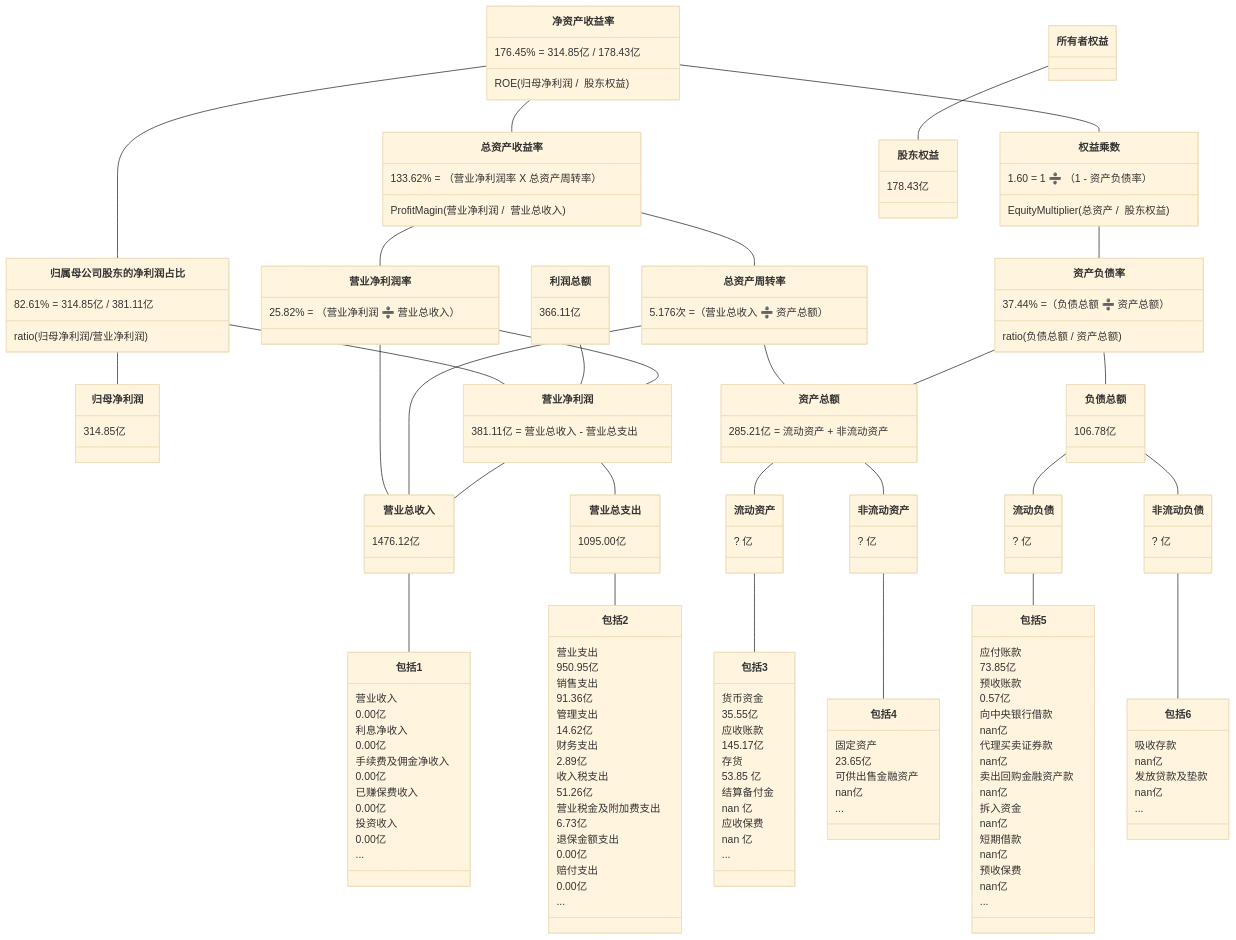
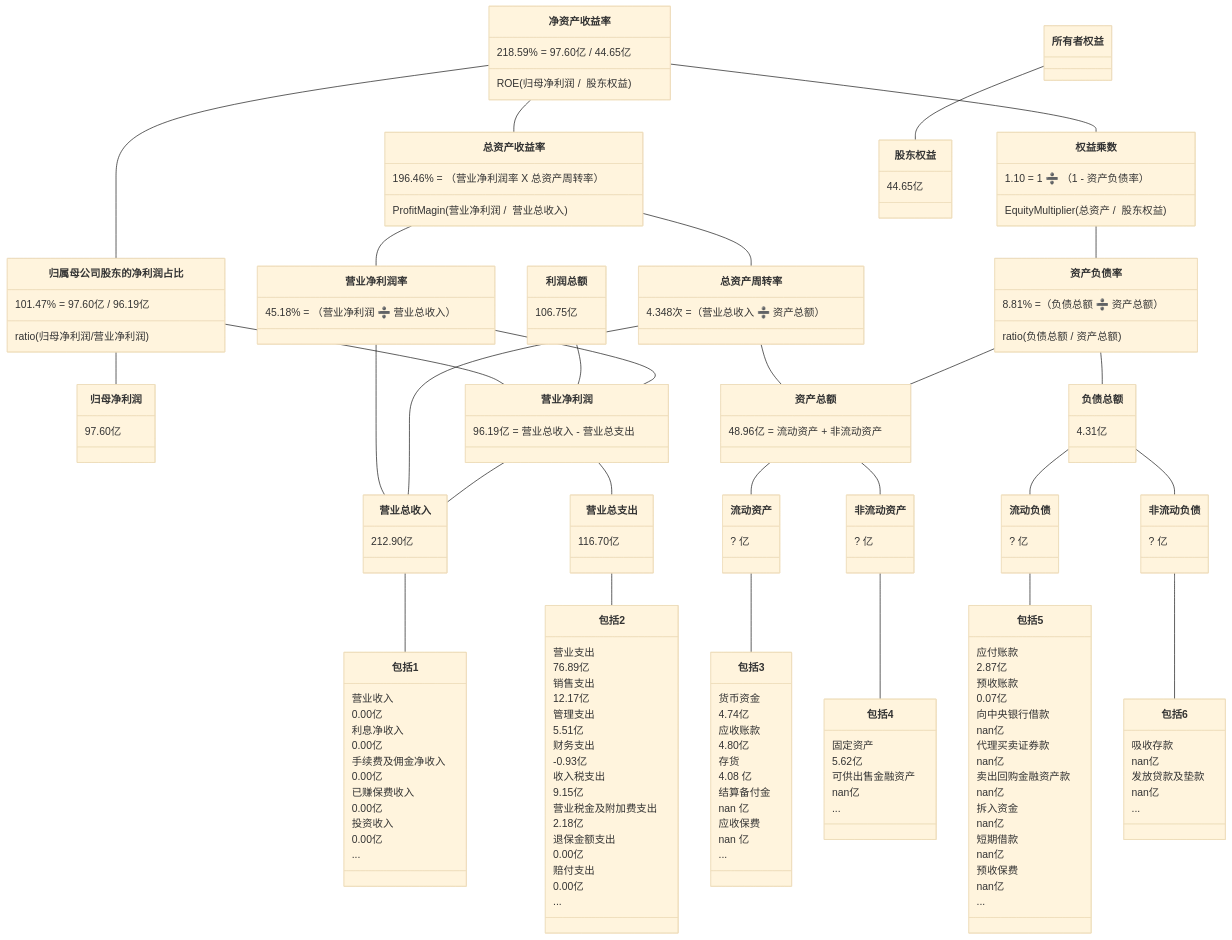
One commit to TheVeryDarkness/cs410 changed the fifth of 10 diagrams in 2/2.md. Above: the diagram before and after it, drawn with Mermaid (base theme). The commit also changed other lines of this file and 18 other files, not shown here.

````diff
--- a/2/2.md
+++ b/2/2.md
@@ -625,45 +645,45 @@
 ```mermaid
 classDiagram
 净资产收益率 -- 总资产收益率
-    净资产收益率 : 176.45% = 314.85亿 / 178.43亿
+    净资产收益率 : 218.59% = 97.60亿 / 44.65亿
     净资产收益率 : ROE(归母净利润 /  股东权益)
-    总资产收益率 : 133.62% = （营业净利润率 X 总资产周转率）
+    总资产收益率 : 196.46% = （营业净利润率 X 总资产周转率）
     总资产收益率 : ProfitMagin(营业净利润 /  营业总收入)
 净资产收益率 -- 归属母公司股东的净利润占比
-	  归属母公司股东的净利润占比 : 82.61% = 314.85亿 / 381.11亿
+	  归属母公司股东的净利润占比 : 101.47% = 97.60亿 / 96.19亿
 	  归属母公司股东的净利润占比 : ratio(归母净利润/营业净利润)
 归属母公司股东的净利润占比 -- 归母净利润
-    归母净利润 : 314.85亿
+    归母净利润 : 97.60亿
 归属母公司股东的净利润占比 -- 营业净利润
-利润总额 : 366.11亿
+利润总额 : 106.75亿
 利润总额 -- 营业净利润
 净资产收益率 -- 权益乘数
-    权益乘数 : 1.60 = 1 ➗ （1 - 资产负债率）
+    权益乘数 : 1.10 = 1 ➗ （1 - 资产负债率）
     权益乘数 : EquityMultiplier(总资产 /  股东权益)
 
 总资产收益率 -- 营业净利润率
-    营业净利润率 : 25.82% = （营业净利润 ➗ 营业总收入）
+    营业净利润率 : 45.18% = （营业净利润 ➗ 营业总收入）
 总资产收益率 -- 总资产周转率
-    总资产周转率 : 5.176次 =（营业总收入 ➗ 资产总额）
+    总资产周转率 : 4.348次 =（营业总收入 ➗ 资产总额）
 权益乘数 -- 资产负债率
-    资产负债率  : 37.44% =（负债总额 ➗ 资产总额）
+    资产负债率  : 8.81% =（负债总额 ➗ 资产总额）
     资产负债率  : ratio(负债总额 / 资产总额)
 
 营业净利润率 -- 营业净利润
-    营业净利润 : 381.11亿 = 营业总收入 - 营业总支出
+    营业净利润 : 96.19亿 = 营业总收入 - 营业总支出
 营业净利润率 -- 营业总收入
 总资产周转率 -- 营业总收入
 总资产周转率 -- 资产总额
-    资产总额 : 285.21亿 = 流动资产 + 非流动资产
+    资产总额 : 48.96亿 = 流动资产 + 非流动资产
 资产负债率 -- 负债总额
-    负债总额 : 106.78亿
+    负债总额 : 4.31亿
 资产负债率 -- 资产总额
 
 
 营业净利润 -- 营业总收入
-    营业总收入 : 1476.12亿
+    营业总收入 : 212.90亿
 营业净利润 -- 营业总支出
-    营业总支出 : 1095.00亿
+    营业总支出 : 116.70亿
 资产总额 -- 流动资产
 	  流动资产 : ? 亿
 资产总额 -- 非流动资产
@@ -687,17 +707,17 @@
     包括1 : ...
 营业总支出 -- 包括2
     包括2 : 营业支出
-    包括2 : 950.95亿
+    包括2 : 76.89亿
     包括2 : 销售支出
-    包括2 : 91.36亿
+    包括2 : 12.17亿
     包括2 : 管理支出
-    包括2 : 14.62亿
+    包括2 : 5.51亿
     包括2 : 财务支出
-    包括2 : 2.89亿
+    包括2 : -0.93亿
     包括2 : 收入税支出
-    包括2 : 51.26亿
+    包括2 : 9.15亿
     包括2 : 营业税金及附加费支出
-    包括2 : 6.73亿
+    包括2 : 2.18亿
     包括2 : 退保金额支出
     包括2 : 0.00亿
     包括2 : 赔付支出
@@ -705,11 +725,11 @@
     包括2 : ...
 流动资产 -- 包括3
     包括3 : 货币资金
-    包括3 : 35.55亿
+    包括3 : 4.74亿
     包括3 : 应收账款
-    包括3 : 145.17亿
+    包括3 : 4.80亿
     包括3 : 存货
-    包括3 : 53.85 亿
+    包括3 : 4.08 亿
     包括3 : 结算备付金
     包括3 : nan 亿
     包括3 : 应收保费
@@ -717,15 +737,15 @@
     包括3 : ...
 非流动资产 -- 包括4
     包括4 : 固定资产
-    包括4 : 23.65亿
+    包括4 : 5.62亿
     包括4 : 可供出售金融资产
     包括4 : nan亿
     包括4 : ...
 流动负债 -- 包括5
     包括5 : 应付账款
-    包括5 : 73.85亿
+    包括5 : 2.87亿
     包括5 : 预收账款
-    包括5 : 0.57亿
+    包括5 : 0.07亿
     包括5 : 向中央银行借款
     包括5 : nan亿
     包括5 : 代理买卖证券款
@@ -746,5 +766,5 @@
     包括6 : nan亿
     包括6 : ...
 所有者权益 -- 股东权益
-    股东权益 : 178.43亿
+    股东权益 : 44.65亿
 ```
````
